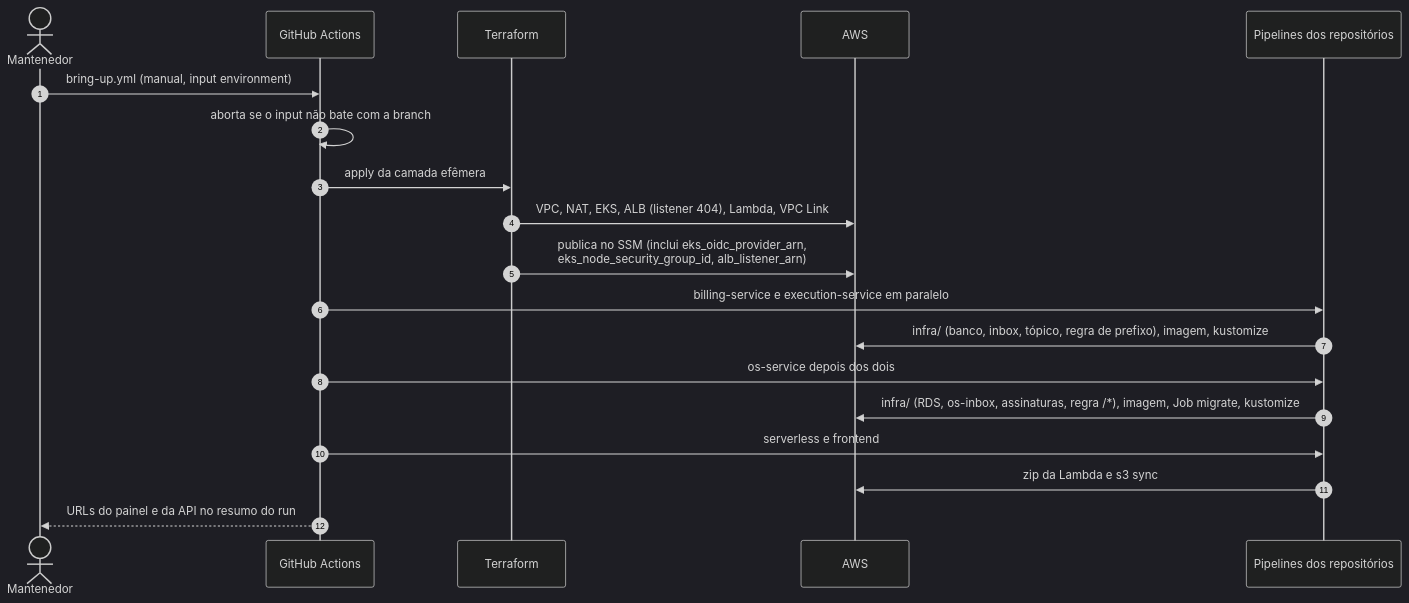
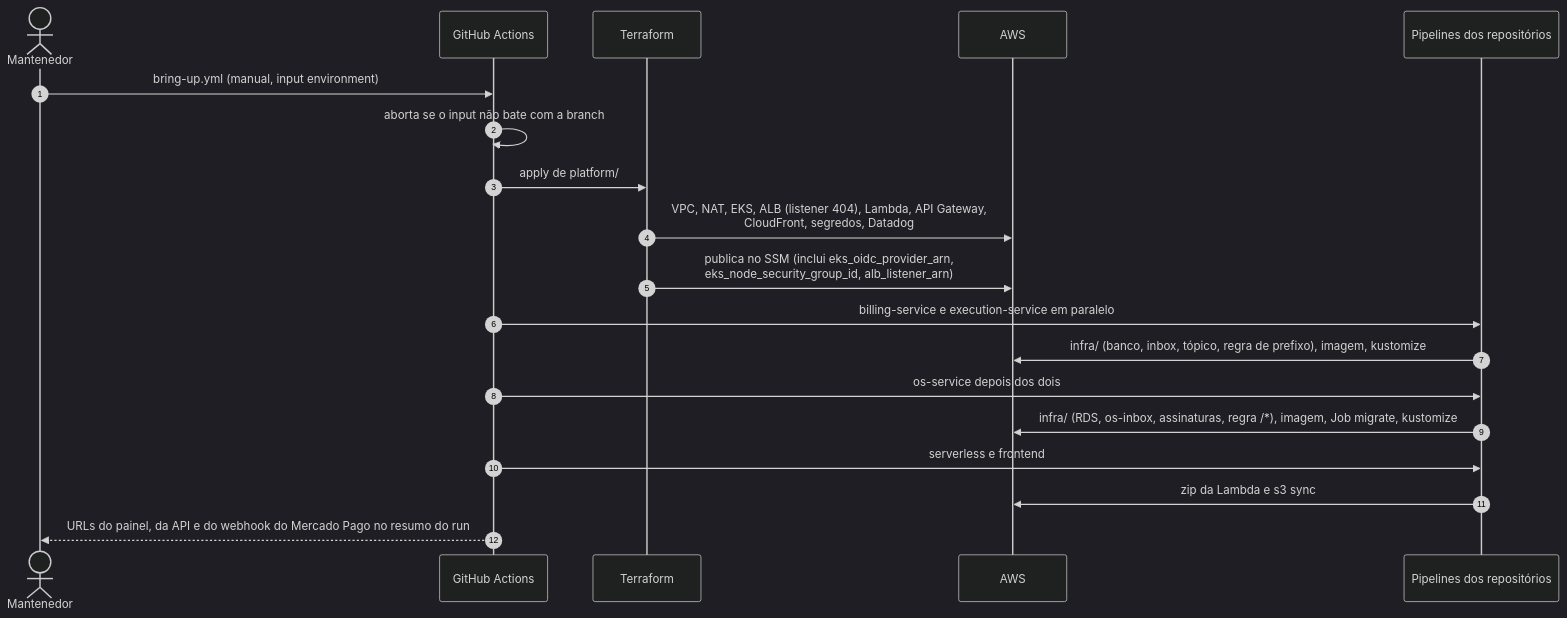
One commit to SOAT-15-Oficina/oficina-mecanica-infrastructure changed the second of 3 diagrams in docs/diagramas/implantacao.md. Above: the diagram before and after it, drawn with Mermaid (dark theme). The commit also changed other lines of this file and 2 other files, not shown here.

Commit message:
Atualiza README, implantacao e RFC-0005 para a camada unica

````diff
--- a/docs/diagramas/implantacao.md
+++ b/docs/diagramas/implantacao.md
@@ -91,22 +89,22 @@
 ```mermaid
 sequenceDiagram
     autonumber
     actor DEV as Mantenedor
     participant GHA as GitHub Actions
     participant TF as Terraform
     participant AWS as AWS
     participant APP as Pipelines dos repositórios
 
     DEV->>GHA: bring-up.yml (manual, input environment)
     GHA->>GHA: aborta se o input não bate com a branch
-    GHA->>TF: apply da camada efêmera
-    TF->>AWS: VPC, NAT, EKS, ALB (listener 404), Lambda, VPC Link
+    GHA->>TF: apply de platform/
+    TF->>AWS: VPC, NAT, EKS, ALB (listener 404), Lambda, API Gateway,<br/>CloudFront, segredos, Datadog
     TF->>AWS: publica no SSM (inclui eks_oidc_provider_arn,<br/>eks_node_security_group_id, alb_listener_arn)
     GHA->>APP: billing-service e execution-service em paralelo
     APP->>AWS: infra/ (banco, inbox, tópico, regra de prefixo), imagem, kustomize
     GHA->>APP: os-service depois dos dois
     APP->>AWS: infra/ (RDS, os-inbox, assinaturas, regra /*), imagem, Job migrate, kustomize
     GHA->>APP: serverless e frontend
     APP->>AWS: zip da Lambda e s3 sync
-    GHA-->>DEV: URLs do painel e da API no resumo do run
+    GHA-->>DEV: URLs do painel, da API e do webhook do Mercado Pago no resumo do run
 ```
````
